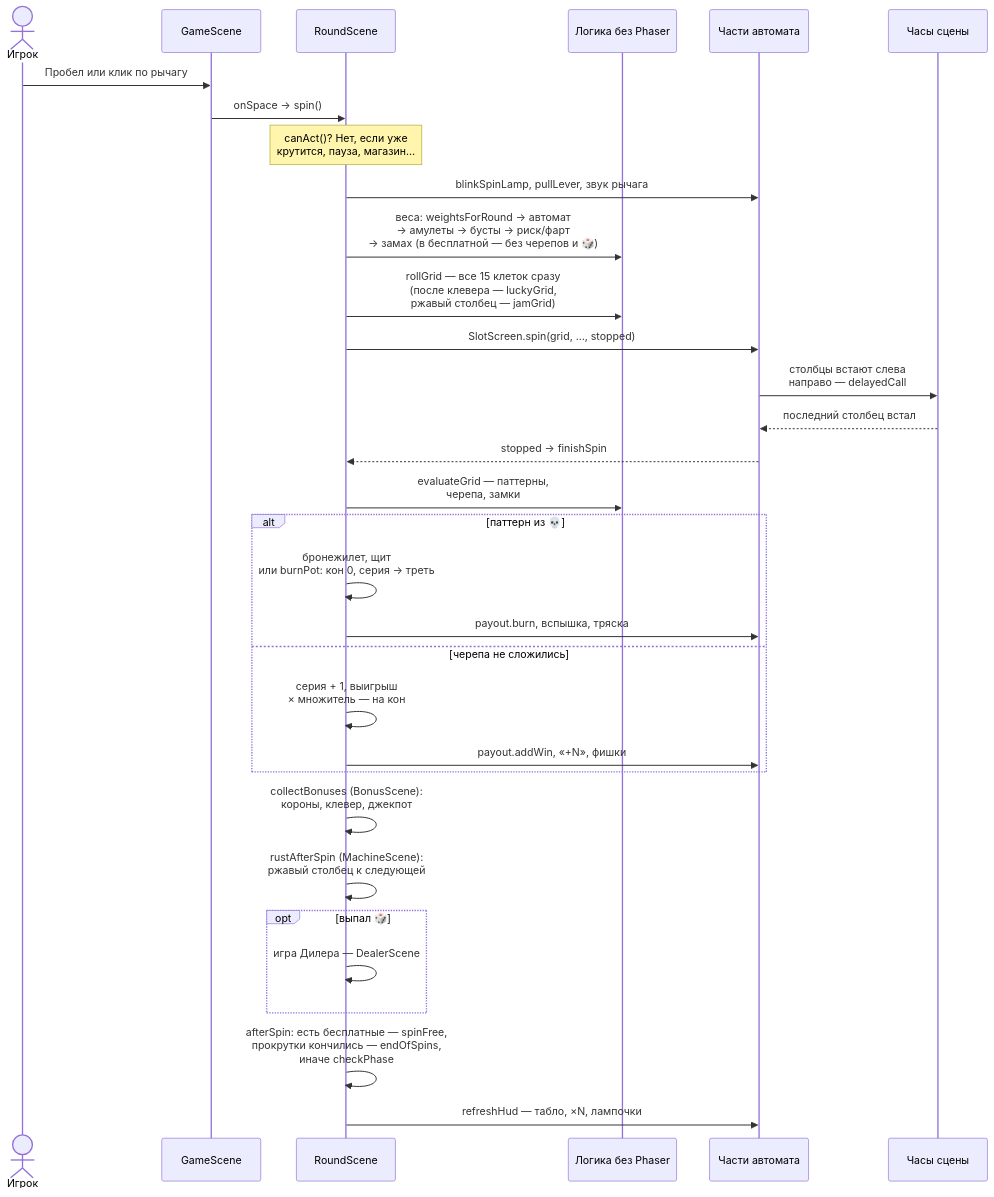
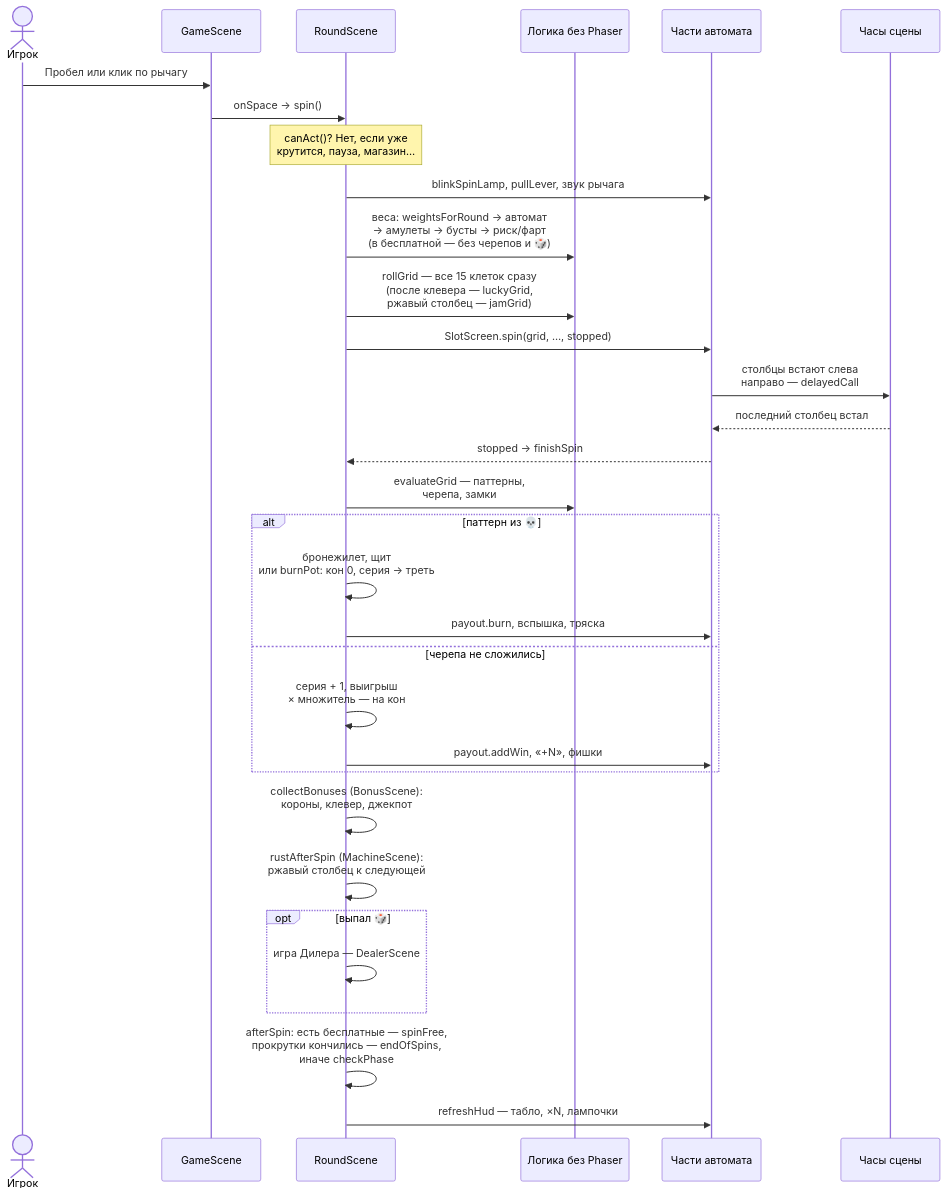
The third of 3 diagrams in ARCHITECTURE.md (LILcmetanka/dolgovaya-yama), drawn with Mermaid before and after one commit. The commit also changed other lines of this file and 36 other files, not shown here.

````diff
--- a/ARCHITECTURE.md
+++ b/ARCHITECTURE.md
@@ -141,35 +139,35 @@
 ```mermaid
 sequenceDiagram
   actor P as Игрок
   participant GS as GameScene
   participant RS as RoundScene
   participant L as Логика без Phaser
   participant UI as Части автомата
   participant T as Часы сцены
 
   P->>GS: Пробел или клик по рычагу
   GS->>RS: onSpace → spin()
   Note over RS: canAct()? Нет, если уже<br/>крутится, пауза, магазин…
   RS->>UI: blinkSpinLamp, pullLever, звук рычага
-  RS->>L: веса: weightsForRound → автомат<br/>→ амулеты → бусты → риск/фарт<br/>→ замах (в бесплатной — без черепов и 🎲)
+  RS->>L: веса: weightsForRound → автомат<br/>→ амулеты → бусты → риск/фарт<br/>(в бесплатной — без черепов и 🎲)
   RS->>L: rollGrid — все 15 клеток сразу<br/>(после клевера — luckyGrid,<br/>ржавый столбец — jamGrid)
   RS->>UI: SlotScreen.spin(grid, …, stopped)
   UI->>T: столбцы встают слева<br/>направо — delayedCall
   T-->>UI: последний столбец встал
   UI-->>RS: stopped → finishSpin
   RS->>L: evaluateGrid — паттерны,<br/>черепа, замки
   alt паттерн из 💀
     RS->>RS: бронежилет, щит<br/>или burnPot: кон 0, серия → треть
     RS->>UI: payout.burn, вспышка, тряска
   else черепа не сложились
     RS->>RS: серия + 1, выигрыш<br/>× множитель — на кон
     RS->>UI: payout.addWin, «+N», фишки
   end
   RS->>RS: collectBonuses (BonusScene):<br/>короны, клевер, джекпот
   RS->>RS: rustAfterSpin (MachineScene):<br/>ржавый столбец к следующей
   opt выпал 🎲
     RS->>RS: игра Дилера — DealerScene
   end
   RS->>RS: afterSpin: есть бесплатные — spinFree,<br/>прокрутки кончились — endOfSpins,<br/>иначе checkPhase
   RS->>UI: refreshHud — табло, ×N, лампочки
 ```
````
